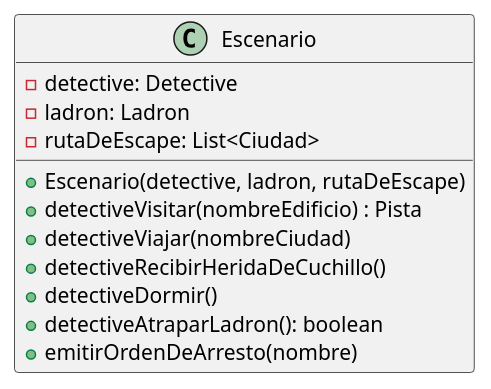
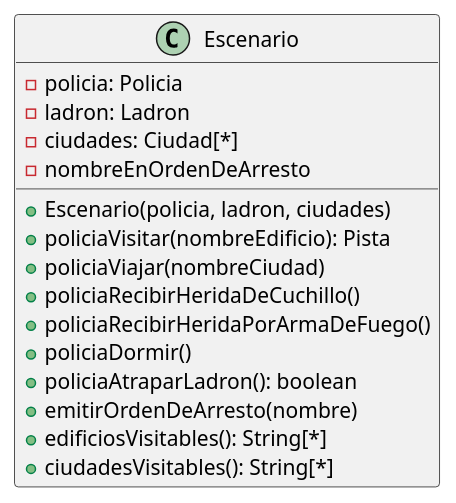
Before and after one commit to MegaRedHand/algo-thief: the diagram in diagrams/classes/clase_escenario.plantuml, drawn with PlantUML. The commit also changed 37 other files, not shown here.

Commit message:
docs: actualizo los diagramas de clase

```diff
--- a/diagrams/classes/clase_escenario.plantuml
+++ b/diagrams/classes/clase_escenario.plantuml
@@ -1,16 +1,20 @@
 @startuml
 
 class Escenario {
-    - detective: Detective
+    - policia: Policia
     - ladron: Ladron
-    - rutaDeEscape: List<Ciudad>
-    + Escenario(detective, ladron, rutaDeEscape)
-    + detectiveVisitar(nombreEdificio) : Pista
-    + detectiveViajar(nombreCiudad)
-    + detectiveRecibirHeridaDeCuchillo()
-    + detectiveDormir()
-    + detectiveAtraparLadron(): boolean
+    - ciudades: Ciudad[*]
+    - nombreEnOrdenDeArresto
+    + Escenario(policia, ladron, ciudades)
+    + policiaVisitar(nombreEdificio): Pista
+    + policiaViajar(nombreCiudad)
+    + policiaRecibirHeridaDeCuchillo()
+    + policiaRecibirHeridaPorArmaDeFuego()
+    + policiaDormir()
+    + policiaAtraparLadron(): boolean
     + emitirOrdenDeArresto(nombre)
+    + edificiosVisitables(): String[*]
+    + ciudadesVisitables(): String[*]
 }
 
 @enduml
```
